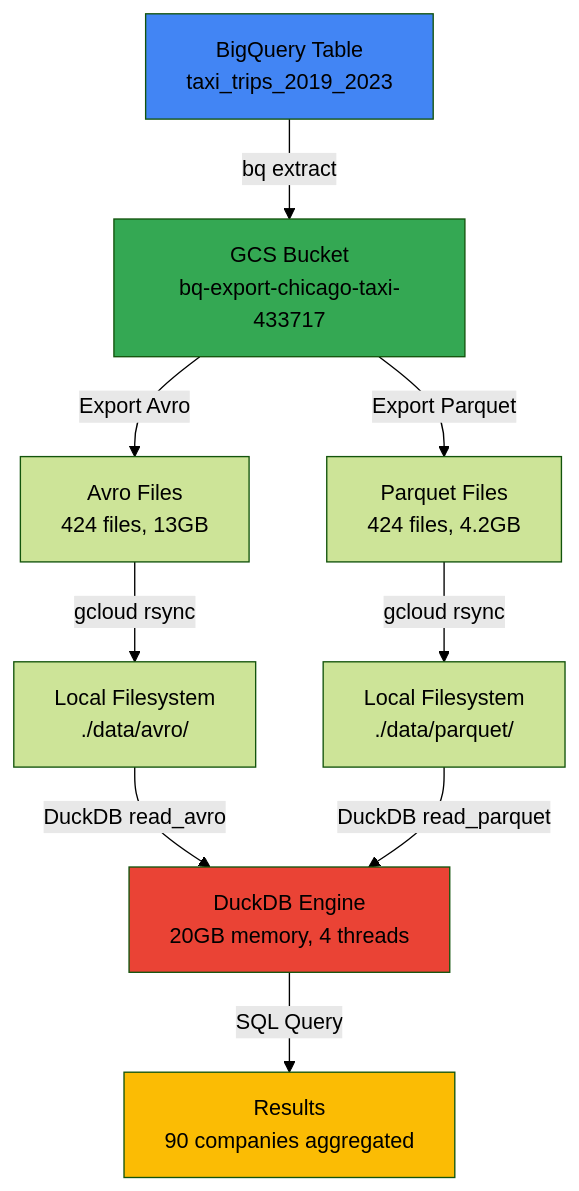
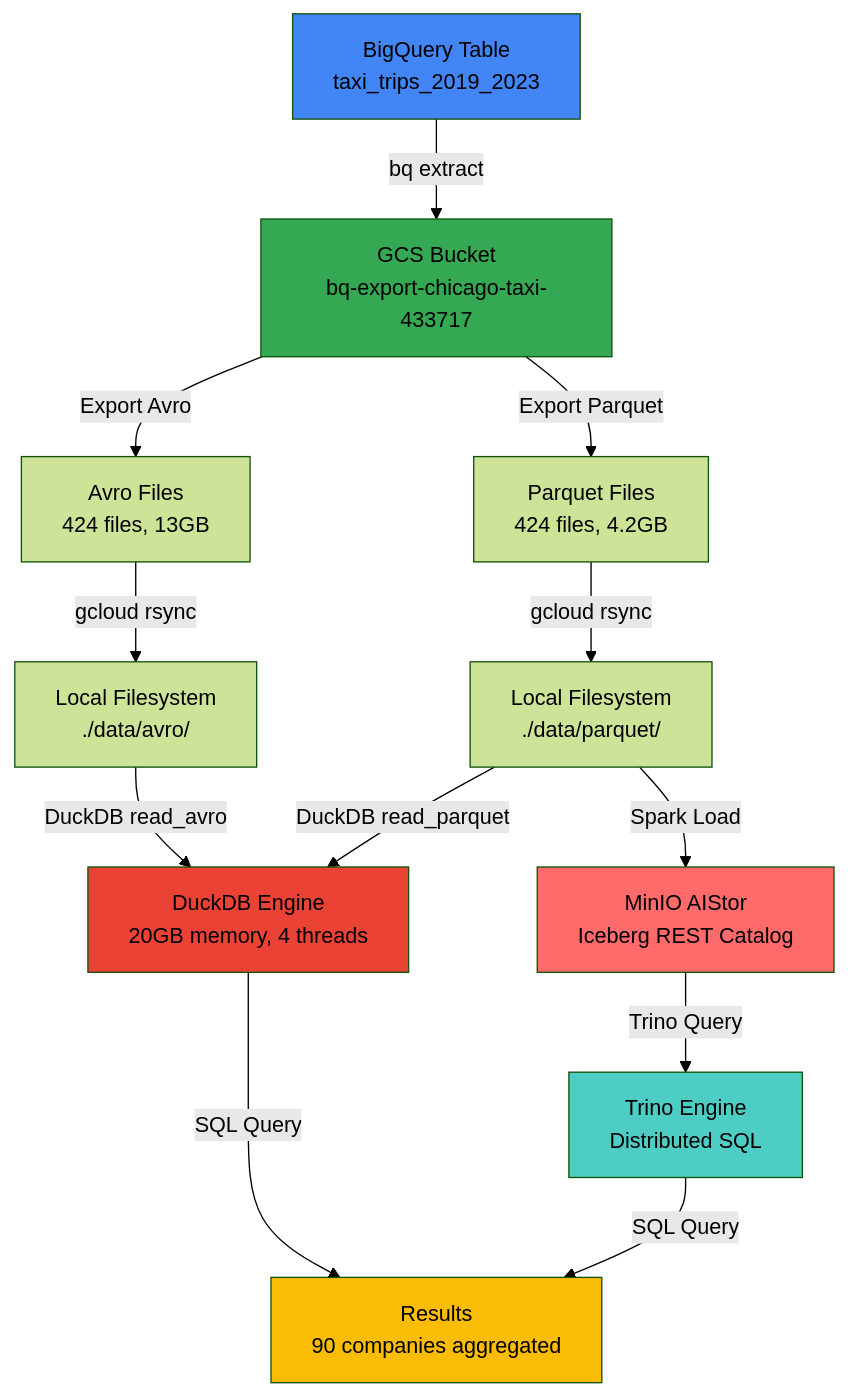
Before and after one commit to vb140772/aistor_and_lakehouse: the first of 5 diagrams in TECHNICAL_OVERVIEW.md, drawn with Mermaid (forest theme). The commit also changed other lines of this file and 3 other files, not shown here.

Commit message:
Update requirements and enhance technical overview with new dependencies and performance comparisons. Added Trino, Boto3, and PyArrow to requirements. Updated data volume and accuracy metrics, included query engine comparisons between DuckDB and Trino/Iceberg, and refined architecture details.

````diff
--- a/TECHNICAL_OVERVIEW.md
+++ b/TECHNICAL_OVERVIEW.md
@@ -28,16 +29,21 @@
 ```mermaid
 graph TD
     A[BigQuery Table<br/>taxi_trips_2019_2023] -->|bq extract| B[GCS Bucket<br/>bq-export-chicago-taxi-433717]
     B -->|Export Avro| C[Avro Files<br/>424 files, 13GB]
     B -->|Export Parquet| D[Parquet Files<br/>424 files, 4.2GB]
     C -->|gcloud rsync| E[Local Filesystem<br/>./data/avro/]
     D -->|gcloud rsync| F[Local Filesystem<br/>./data/parquet/]
     E -->|DuckDB read_avro| G[DuckDB Engine<br/>20GB memory, 4 threads]
     F -->|DuckDB read_parquet| G
+    F -->|Spark Load| I[MinIO AIStor<br/>Iceberg REST Catalog]
+    I -->|Trino Query| J[Trino Engine<br/>Distributed SQL]
     G -->|SQL Query| H[Results<br/>90 companies aggregated]
+    J -->|SQL Query| H
     
     style A fill:#4285f4
     style B fill:#34a853
     style G fill:#ea4335
+    style I fill:#ff6b6b
+    style J fill:#4ecdc4
     style H fill:#fbbc04
 ```
````
